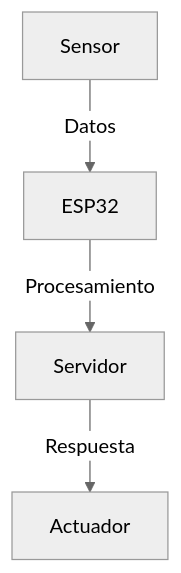
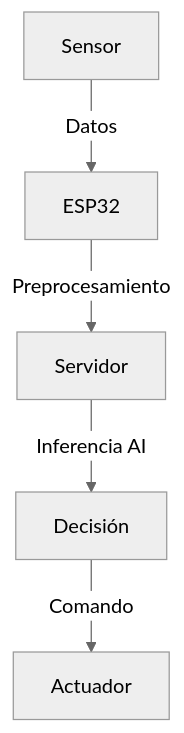
The diagram in docs/index.md (MDMSerra/iot-ai-project-docs), drawn with Mermaid (neutral theme) before and after one commit. The commit also changed other lines of this file and 6 other files, not shown here.

````diff
--- a/docs/index.md
+++ b/docs/index.md
@@ -20,6 +51,7 @@
-```mermaid
+``` mermaid
 graph TD;
   A[Sensor] -->|Datos| B[ESP32];
-  B -->|Procesamiento| C[Servidor];
-  C -->|Respuesta| D[Actuador];
+  B -->|Preprocesamiento| C[Servidor];
+  C -->|Inferencia AI| D[Decisión];
+  D -->|Comando| E[Actuador];
 ```
````
